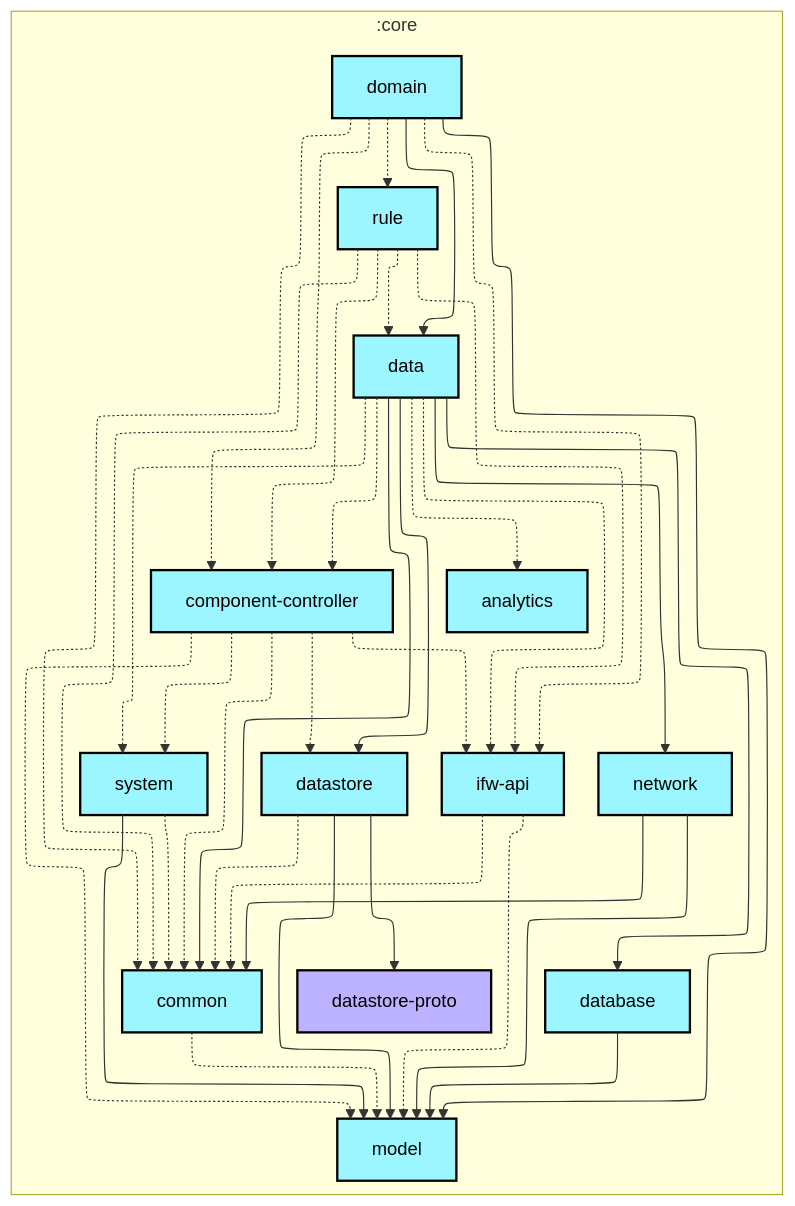
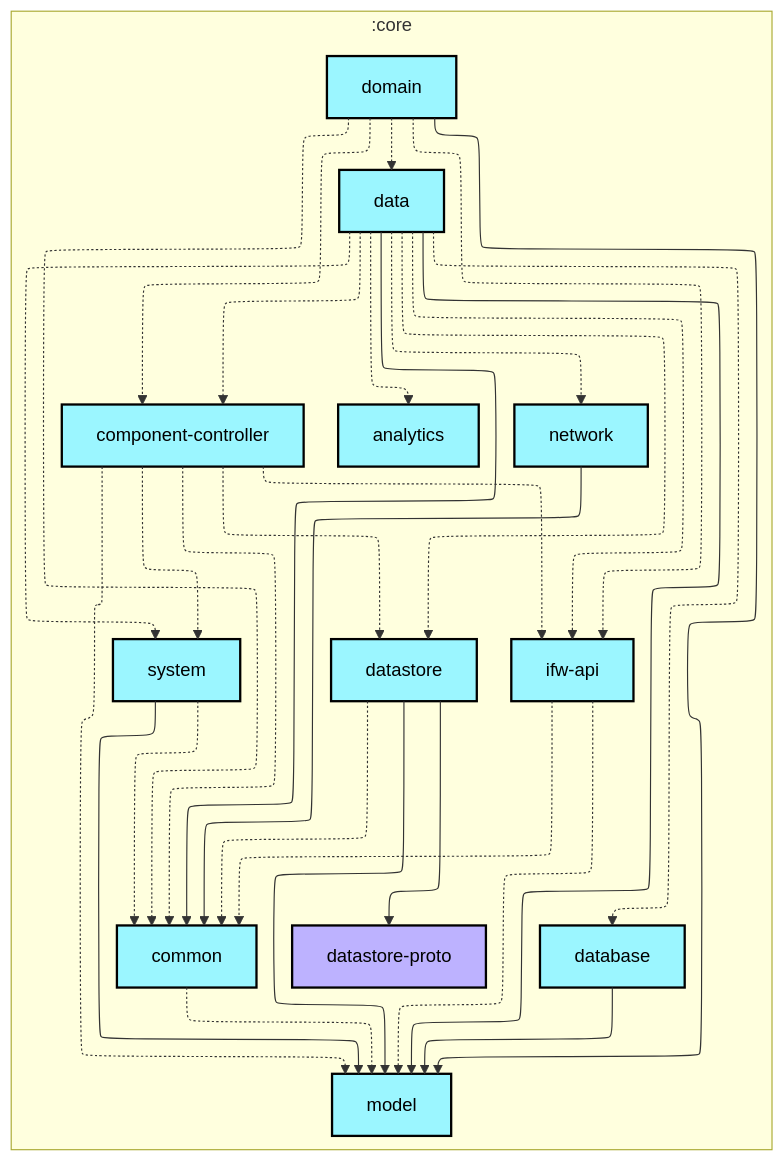
Before and after one commit to lihenggui/blocker: the first of 2 diagrams in core/domain/README.md, drawn with Mermaid. The commit also changed 29 other files, not shown here.

First line of the commit message:
Update module dependency graphs after boundary cleanup

````diff
--- a/core/domain/README.md
+++ b/core/domain/README.md
@@ -6,67 +6,61 @@
 ```mermaid
 ---
 config:
   layout: elk
   elk:
     nodePlacementStrategy: SIMPLE
 ---
 graph TB
   subgraph :core
     direction TB
     :core:analytics[analytics]:::android-library
     :core:common[common]:::android-library
     :core:component-controller[component-controller]:::android-library
     :core:data[data]:::android-library
     :core:database[database]:::android-library
     :core:datastore[datastore]:::android-library
     :core:datastore-proto[datastore-proto]:::jvm-library
     :core:domain[domain]:::android-library
     :core:ifw-api[ifw-api]:::android-library
     :core:model[model]:::android-library
     :core:network[network]:::android-library
-    :core:rule[rule]:::android-library
     :core:system[system]:::android-library
   end
 
   :core:common -.-> :core:model
   :core:component-controller -.-> :core:common
   :core:component-controller -.-> :core:datastore
   :core:component-controller -.-> :core:ifw-api
   :core:component-controller -.-> :core:model
   :core:component-controller -.-> :core:system
   :core:data -.-> :core:analytics
   :core:data --> :core:common
   :core:data -.-> :core:component-controller
-  :core:data --> :core:database
-  :core:data --> :core:datastore
+  :core:data -.-> :core:database
+  :core:data -.-> :core:datastore
   :core:data -.-> :core:ifw-api
-  :core:data --> :core:network
+  :core:data --> :core:model
+  :core:data -.-> :core:network
   :core:data -.-> :core:system
   :core:database --> :core:model
   :core:datastore -.-> :core:common
   :core:datastore --> :core:datastore-proto
   :core:datastore --> :core:model
   :core:domain -.-> :core:common
   :core:domain -.-> :core:component-controller
-  :core:domain --> :core:data
+  :core:domain -.-> :core:data
   :core:domain -.-> :core:ifw-api
   :core:domain --> :core:model
-  :core:domain -.-> :core:rule
   :core:ifw-api -.-> :core:common
   :core:ifw-api -.-> :core:model
   :core:network --> :core:common
-  :core:network --> :core:model
-  :core:rule -.-> :core:common
-  :core:rule -.-> :core:component-controller
-  :core:rule -.-> :core:data
-  :core:rule -.-> :core:ifw-api
   :core:system -.-> :core:common
   :core:system --> :core:model
 
 classDef android-application fill:#CAFFBF,stroke:#000,stroke-width:2px,color:#000;
 classDef android-feature fill:#FFD6A5,stroke:#000,stroke-width:2px,color:#000;
 classDef android-library fill:#9BF6FF,stroke:#000,stroke-width:2px,color:#000;
 classDef android-test fill:#A0C4FF,stroke:#000,stroke-width:2px,color:#000;
 classDef jvm-library fill:#BDB2FF,stroke:#000,stroke-width:2px,color:#000;
 classDef unknown fill:#FFADAD,stroke:#000,stroke-width:2px,color:#000;
 ```
````
